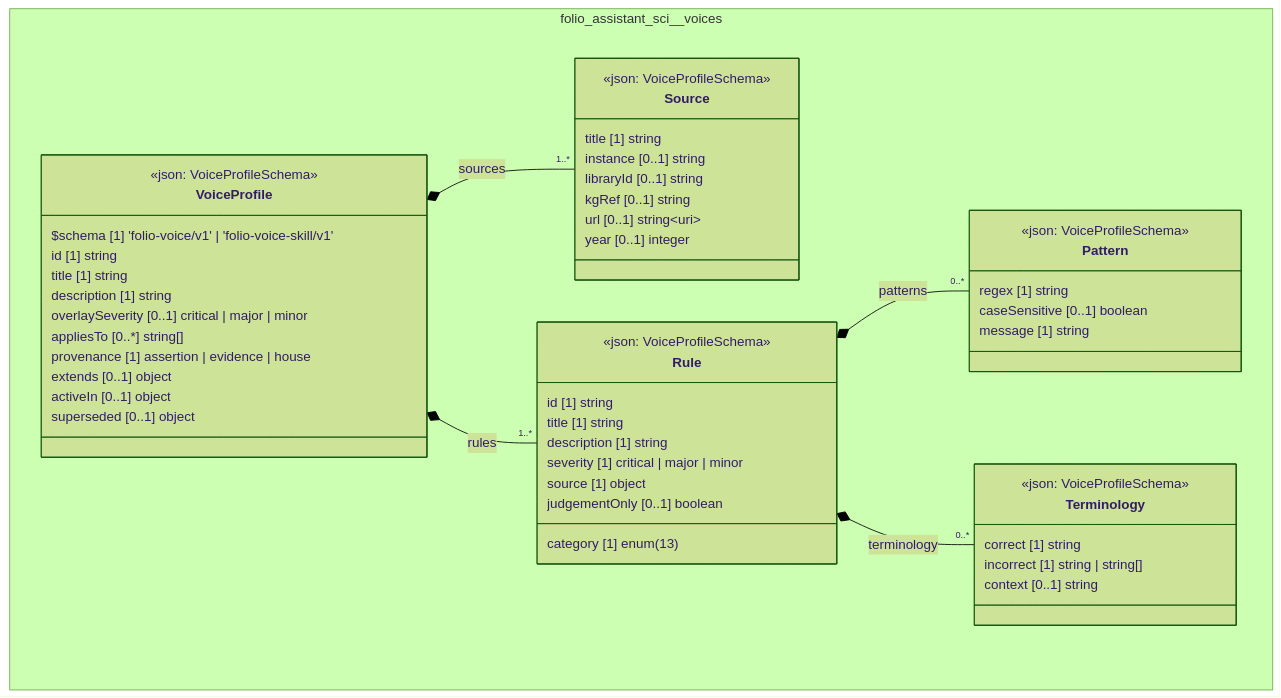
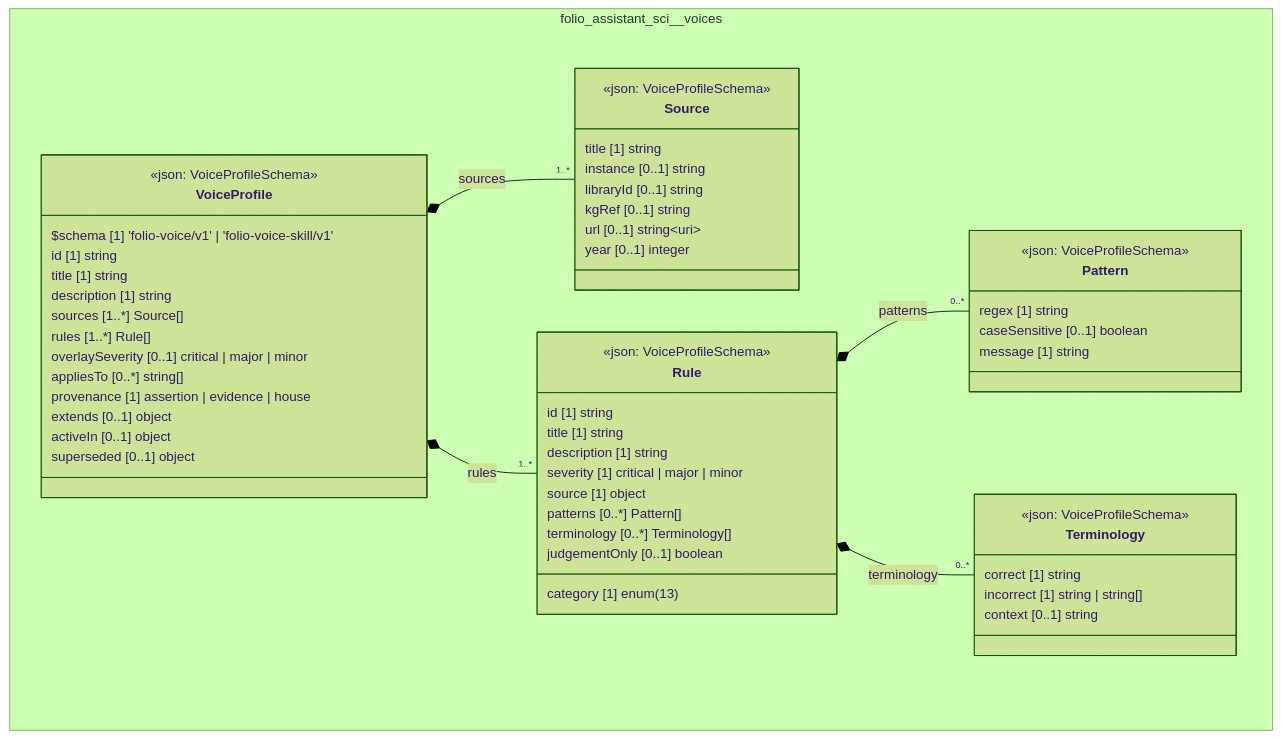
One commit to litlfred/folio-assistant changed the diagram in cat-harness/docs/uml/overview/folio-assistant-sci/voices.md. Above: the diagram before and after it, drawn with Mermaid (forest theme). The commit also changed 181 other files, not shown here.

First line of the commit message:
UML: full object model on the overview page; no empty class boxes

````diff
--- a/cat-harness/docs/uml/overview/folio-assistant-sci/voices.md
+++ b/cat-harness/docs/uml/overview/folio-assistant-sci/voices.md
@@ -29,59 +29,63 @@
 ```mermaid
 classDiagram
   direction TB
   namespace folio_assistant_sci__voices {
     class folio_assistant_sci_voices_Source["Source"] {
       <<json: VoiceProfileSchema>>
       title [1] string
       instance [0..1] string
       libraryId [0..1] string
       kgRef [0..1] string
       url [0..1] string~uri~
       year [0..1] integer
     }
     class folio_assistant_sci_voices_Pattern["Pattern"] {
       <<json: VoiceProfileSchema>>
       regex [1] string
       caseSensitive [0..1] boolean
       message [1] string
     }
     class folio_assistant_sci_voices_Terminology["Terminology"] {
       <<json: VoiceProfileSchema>>
       correct [1] string
       incorrect [1] string | string[]
       context [0..1] string
     }
     class folio_assistant_sci_voices_Rule["Rule"] {
       <<json: VoiceProfileSchema>>
       id [1] string
       title [1] string
       description [1] string
       category [1] enum(13)
       severity [1] critical | major | minor
       source [1] object
+      patterns [0..*] Pattern[]
+      terminology [0..*] Terminology[]
       judgementOnly [0..1] boolean
     }
     class folio_assistant_sci_voices_VoiceProfile["VoiceProfile"] {
       <<json: VoiceProfileSchema>>
       $schema [1] 'folio-voice/v1' | 'folio-voice-skill/v1'
       id [1] string
       title [1] string
       description [1] string
+      sources [1..*] Source[]
+      rules [1..*] Rule[]
       overlaySeverity [0..1] critical | major | minor
       appliesTo [0..*] string[]
       provenance [1] assertion | evidence | house
       extends [0..1] object
       activeIn [0..1] object
       superseded [0..1] object
     }
   }
   folio_assistant_sci_voices_VoiceProfile *-- "1..*" folio_assistant_sci_voices_Source : sources
   folio_assistant_sci_voices_Rule *-- "0..*" folio_assistant_sci_voices_Pattern : patterns
   folio_assistant_sci_voices_Rule *-- "0..*" folio_assistant_sci_voices_Terminology : terminology
   folio_assistant_sci_voices_VoiceProfile *-- "1..*" folio_assistant_sci_voices_Rule : rules
   cssClass "folio_assistant_sci_voices_Source" fa_uml_kind_voices
   cssClass "folio_assistant_sci_voices_Pattern" fa_uml_kind_voices
   cssClass "folio_assistant_sci_voices_Terminology" fa_uml_kind_voices
   cssClass "folio_assistant_sci_voices_Rule" fa_uml_kind_voices
   cssClass "folio_assistant_sci_voices_VoiceProfile" fa_uml_kind_voices
 ```
````
